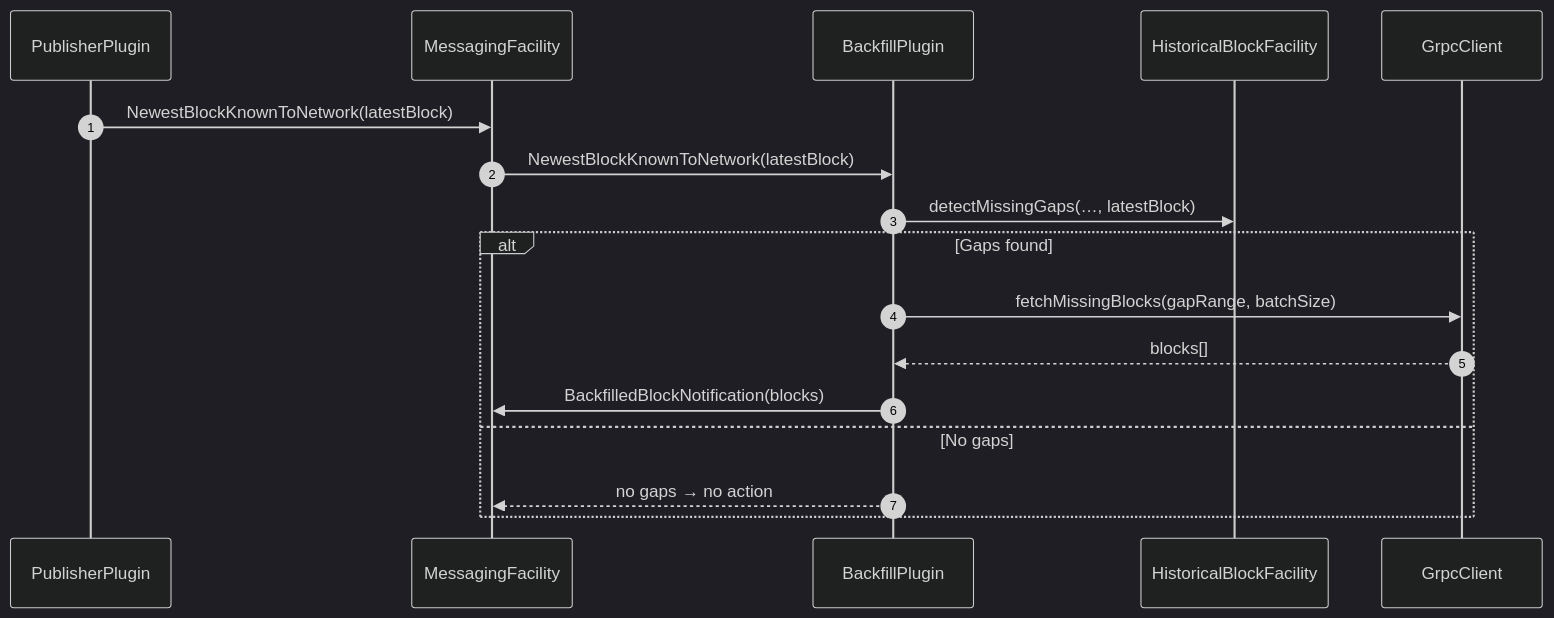
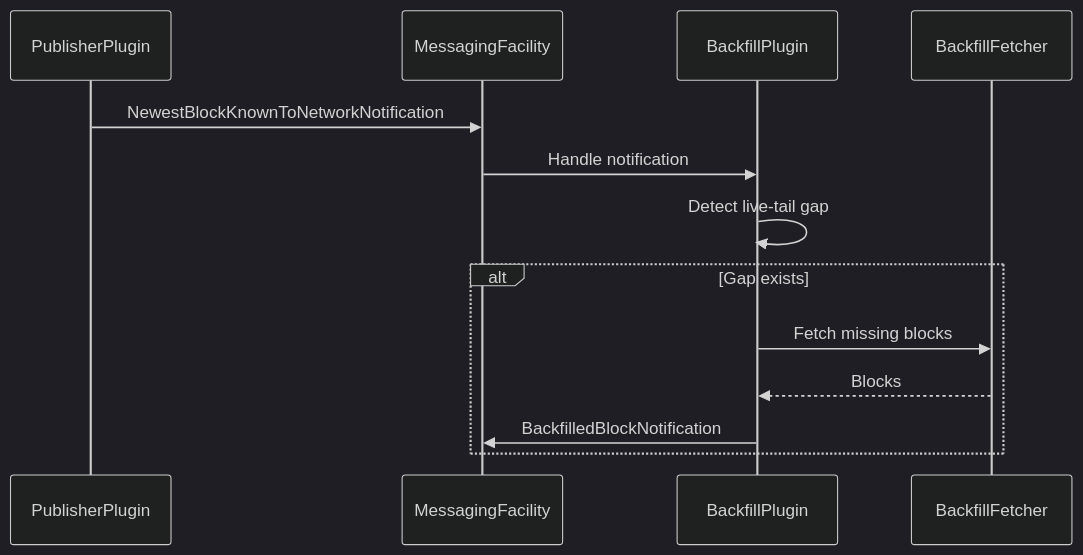
The third of 4 diagrams in docs/design/backfill-plugin.md (hiero-ledger/hiero-block-node), drawn with Mermaid (dark theme) before and after one commit. The commit also changed other lines of this file, not shown here.

Commit message:
Updated Documentation to reflect new Architecture Design

````diff
--- a/docs/design/backfill-plugin.md
+++ b/docs/design/backfill-plugin.md
@@ -150,25 +138,16 @@
 ```mermaid
 sequenceDiagram
-    autonumber
-    participant PublisherPlugin
-    participant MessagingFacility
-    participant BackfillPlugin
-    participant HistoricalBlockFacility
-    participant GrpcClient
+    participant Pub as PublisherPlugin
+    participant MF as MessagingFacility
+    participant BP as BackfillPlugin
+    participant Fetcher as BackfillFetcher
 
-    %% Trigger
-    PublisherPlugin->>MessagingFacility: NewestBlockKnownToNetwork(latestBlock)
-
-    %% Dispatch to backfill
-    MessagingFacility->>BackfillPlugin: NewestBlockKnownToNetwork(latestBlock)
-    BackfillPlugin->>HistoricalBlockFacility: detectMissingGaps(…, latestBlock)
-
-    alt Gaps found
-        BackfillPlugin->>GrpcClient: fetchMissingBlocks(gapRange, batchSize)
-        GrpcClient-->>BackfillPlugin: blocks[]
-        BackfillPlugin->>MessagingFacility: BackfilledBlockNotification(blocks)
-    else No gaps
-        BackfillPlugin-->>MessagingFacility: no gaps → no action
+    Pub->>MF: NewestBlockKnownToNetworkNotification
+    MF->>BP: Handle notification
+    BP->>BP: Detect live-tail gap
+    alt Gap exists
+        BP->>Fetcher: Fetch missing blocks
+        Fetcher-->>BP: Blocks
+        BP->>MF: BackfilledBlockNotification
     end
-
 ```
````
